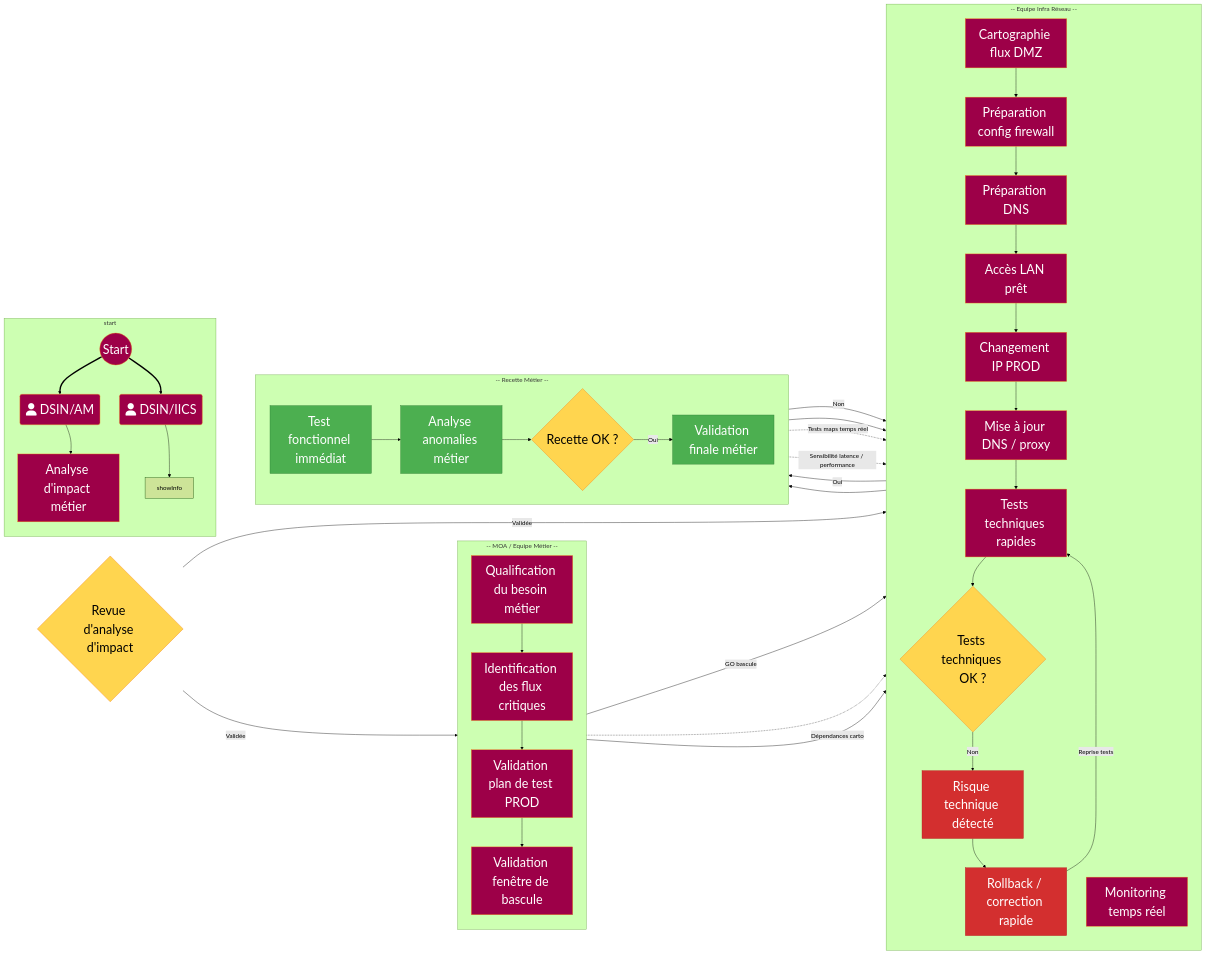
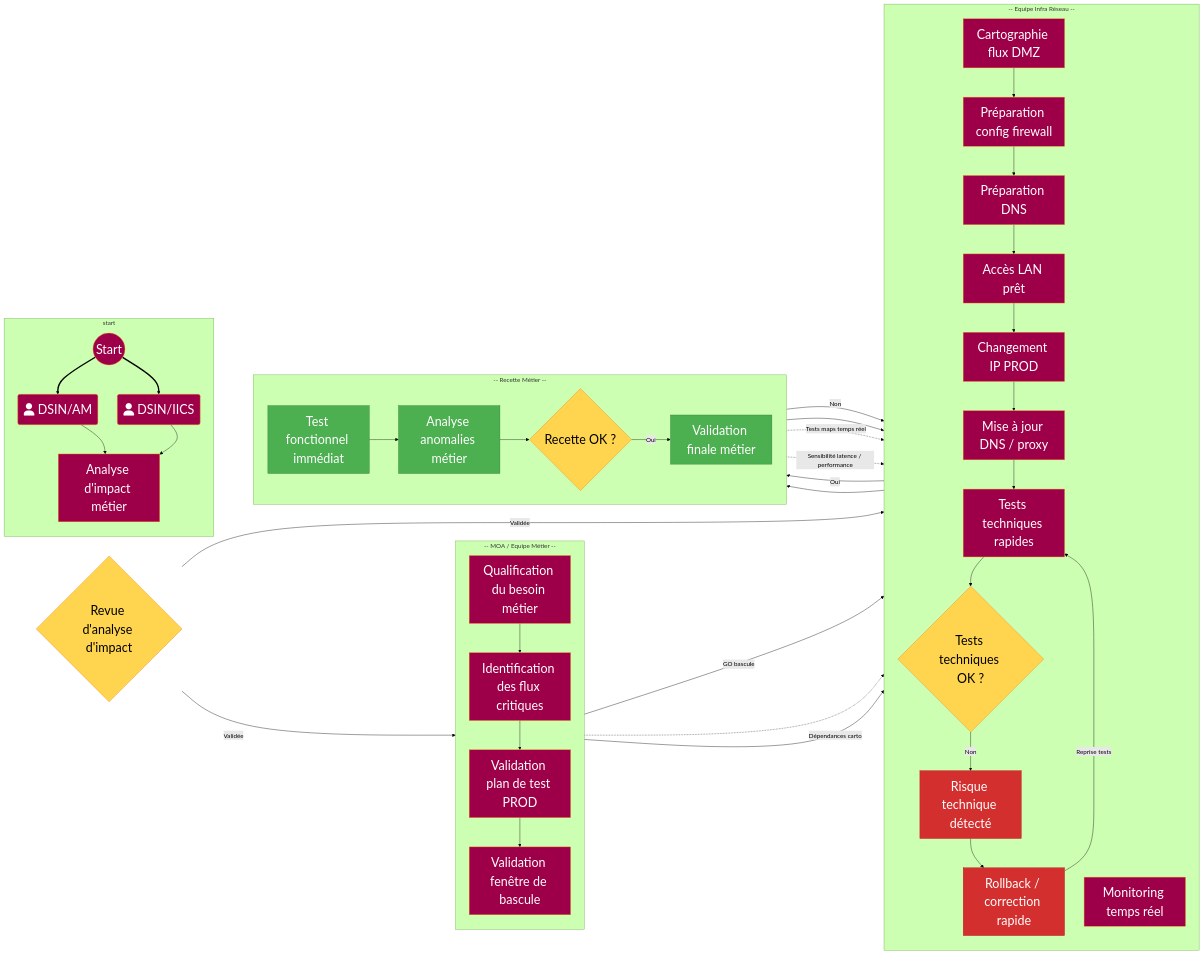
The diagram in all/CHANGE IP - Sans Pre-Prod.md (fdadda/iodraw-files), drawn with Mermaid (forest theme) before and after one commit.

Commit message:
2026-06-01 15:28:02 update

```diff
--- a/all/CHANGE IP - Sans Pre-Prod.md
+++ b/all/CHANGE IP - Sans Pre-Prod.md
@@ -14,7 +14,8 @@
 start((Start)):::metier ==> AM
 start ==> IICS
 AM-->S0
-IICS-->showInfo
+IICS-->S0
+S0
   
    
     
```
